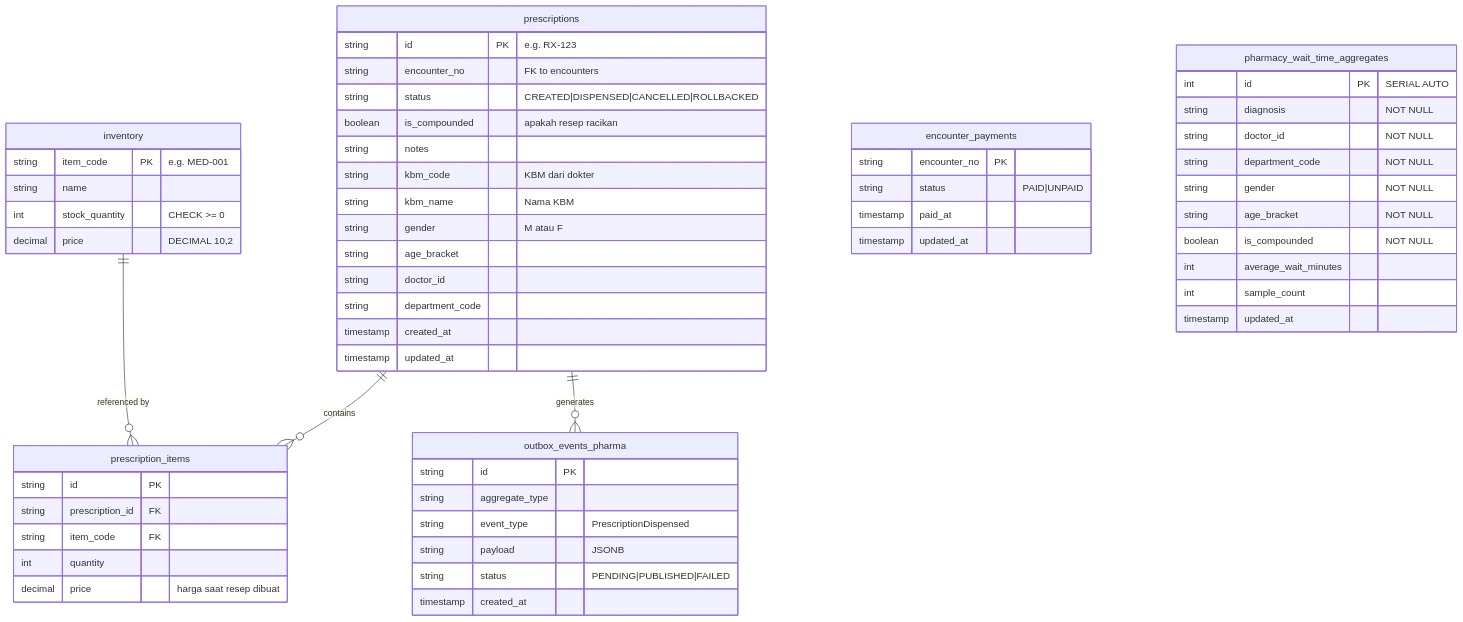
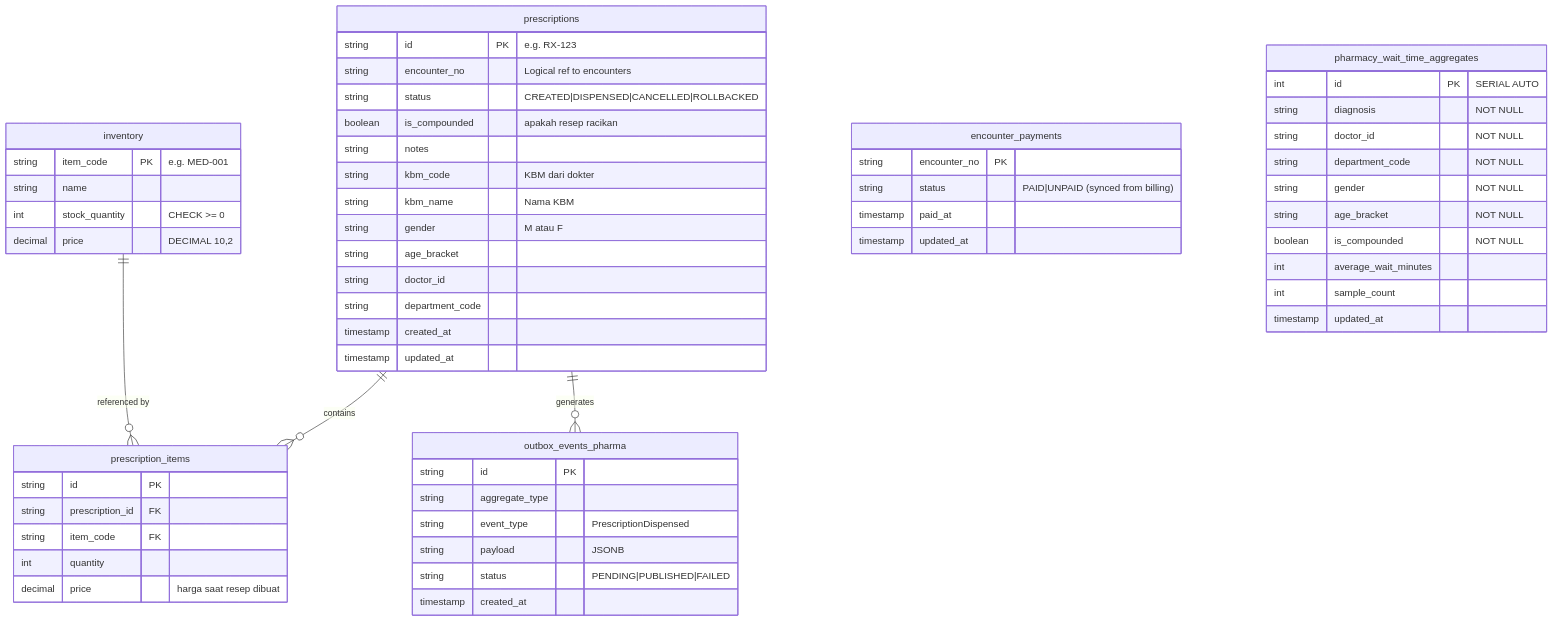
One commit to odealidj/go-micro-simrs-one changed diagram 12 of 19 in docs/be/technical/technical_documentation.md. Above: the diagram before and after it, drawn with Mermaid. The commit also changed other lines of this file and 5 other files, not shown here.

First line of the commit message:
docs: update business and technical documentation for multi-schema and rawat-jalan separation

````diff
--- a/docs/be/technical/technical_documentation.md
+++ b/docs/be/technical/technical_documentation.md
@@ -505,66 +675,66 @@
 ```mermaid
 erDiagram
     inventory {
         string item_code PK "e.g. MED-001"
         string name
         int stock_quantity "CHECK >= 0"
         decimal price "DECIMAL 10,2"
     }
 
     prescriptions {
         string id PK "e.g. RX-123"
-        string encounter_no "FK to encounters"
+        string encounter_no "Logical ref to encounters"
         string status "CREATED|DISPENSED|CANCELLED|ROLLBACKED"
         boolean is_compounded "apakah resep racikan"
         string notes
         string kbm_code "KBM dari dokter"
         string kbm_name "Nama KBM"
         string gender "M atau F"
         string age_bracket
         string doctor_id
         string department_code
         timestamp created_at
         timestamp updated_at
     }
 
     prescription_items {
         string id PK
         string prescription_id FK
         string item_code FK
         int quantity
         decimal price "harga saat resep dibuat"
     }
 
     encounter_payments {
         string encounter_no PK
-        string status "PAID|UNPAID"
+        string status "PAID|UNPAID (synced from billing)"
         timestamp paid_at
         timestamp updated_at
     }
 
     pharmacy_wait_time_aggregates {
         int id PK "SERIAL AUTO"
         string diagnosis "NOT NULL"
         string doctor_id "NOT NULL"
         string department_code "NOT NULL"
         string gender "NOT NULL"
         string age_bracket "NOT NULL"
         boolean is_compounded "NOT NULL"
         int average_wait_minutes
         int sample_count
         timestamp updated_at
     }
 
     outbox_events_pharma {
         string id PK
         string aggregate_type
         string event_type "PrescriptionDispensed"
         string payload "JSONB"
         string status "PENDING|PUBLISHED|FAILED"
         timestamp created_at
     }
 
     prescriptions ||--o{ prescription_items : "contains"
     inventory ||--o{ prescription_items : "referenced by"
     prescriptions ||--o{ outbox_events_pharma : "generates"
 ```
````
